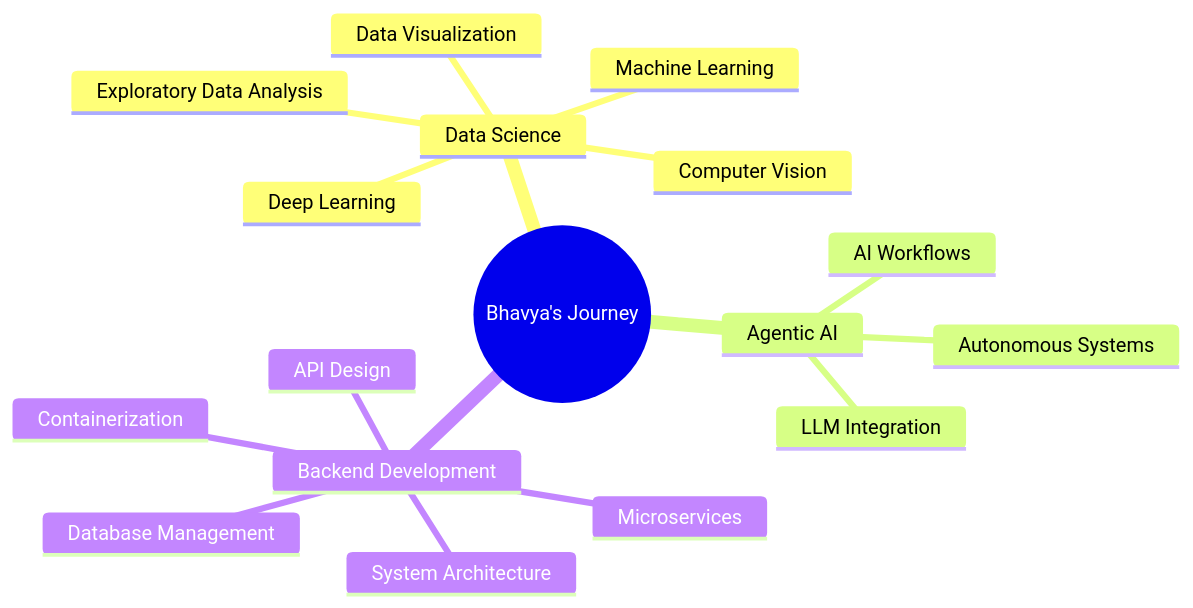
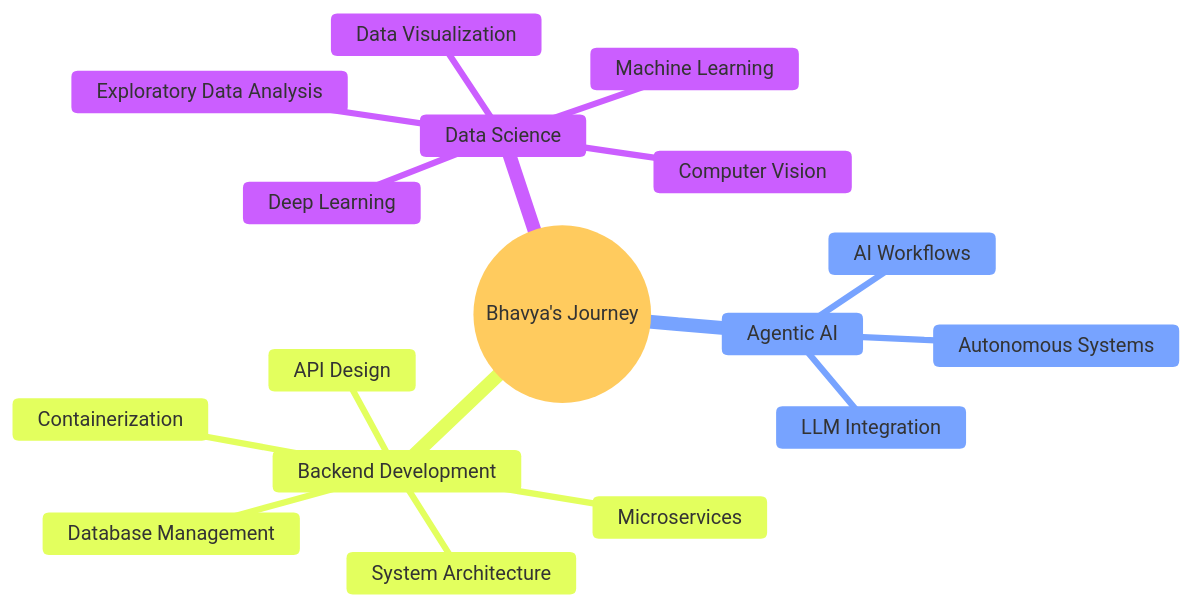
One commit to 04bhavyaa/04bhavyaa changed the diagram in README.md. Above: the diagram before and after it, drawn with Mermaid.

Commit message:
Update README with mind map for focus areas
Added a mind map to illustrate current focus areas.

````diff
--- a/README.md
+++ b/README.md
@@ -68,20 +68,21 @@
 ```mermaid
+%%{init: {'theme':'base', 'themeVariables': { 'textColor':'#ffffff', 'fontSize':'16px', 'fontFamily':'Arial'}}}%%
 mindmap
   root((Bhavya's Journey))
     Data Science
       Machine Learning
       Deep Learning
       Data Visualization
       Exploratory Data Analysis
       Computer Vision
     Agentic AI
       LLM Integration
       Autonomous Systems
       AI Workflows
     Backend Development
       API Design
       Database Management
       System Architecture
       Containerization
       Microservices
 ```
````
